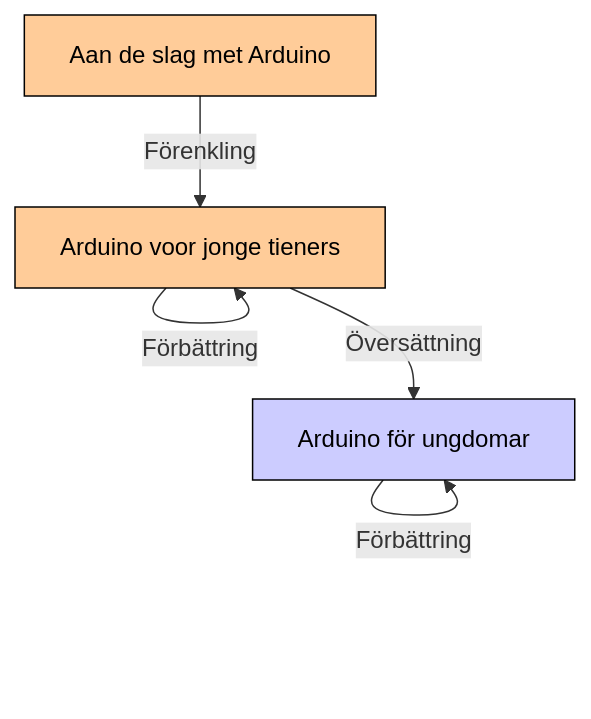
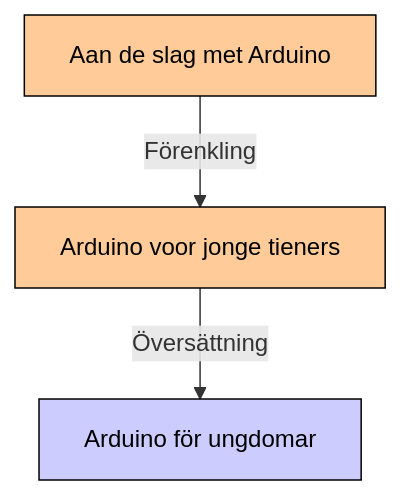
The diagram in docs/faq.md (richelbilderbeek/arduino_foer_ungdomar), drawn with Mermaid before and after one commit.

Commit message:
Simplify graph

````diff
--- a/docs/faq.md
+++ b/docs/faq.md
@@ -76,18 +76,16 @@
 ```mermaid
 flowchart TD
 
     %% Give a white background, instead of a transparent one
     classDef node fill:#fff,color:#000,stroke:#000
     classDef nl_node fill:#fc9,color:#000,stroke:#000
     classDef sv_node fill:#ccf,color:#000,stroke:#000
 
     %% Lessons, and their requirents
     aan_de_slag_met_arduino[Aan de slag met Arduino]:::nl_node
     arduino_voor_jonge_tieners[Arduino voor jonge tieners]:::nl_node
     arduino_foer_ungomar[Arduino för ungdomar]:::sv_node
 
     aan_de_slag_met_arduino --> |Förenkling| arduino_voor_jonge_tieners
-    arduino_voor_jonge_tieners --> |Förbättring|arduino_voor_jonge_tieners
     arduino_voor_jonge_tieners --> |Översättning|arduino_foer_ungomar
-    arduino_foer_ungomar --> |Förbättring|arduino_foer_ungomar
 ```
````
